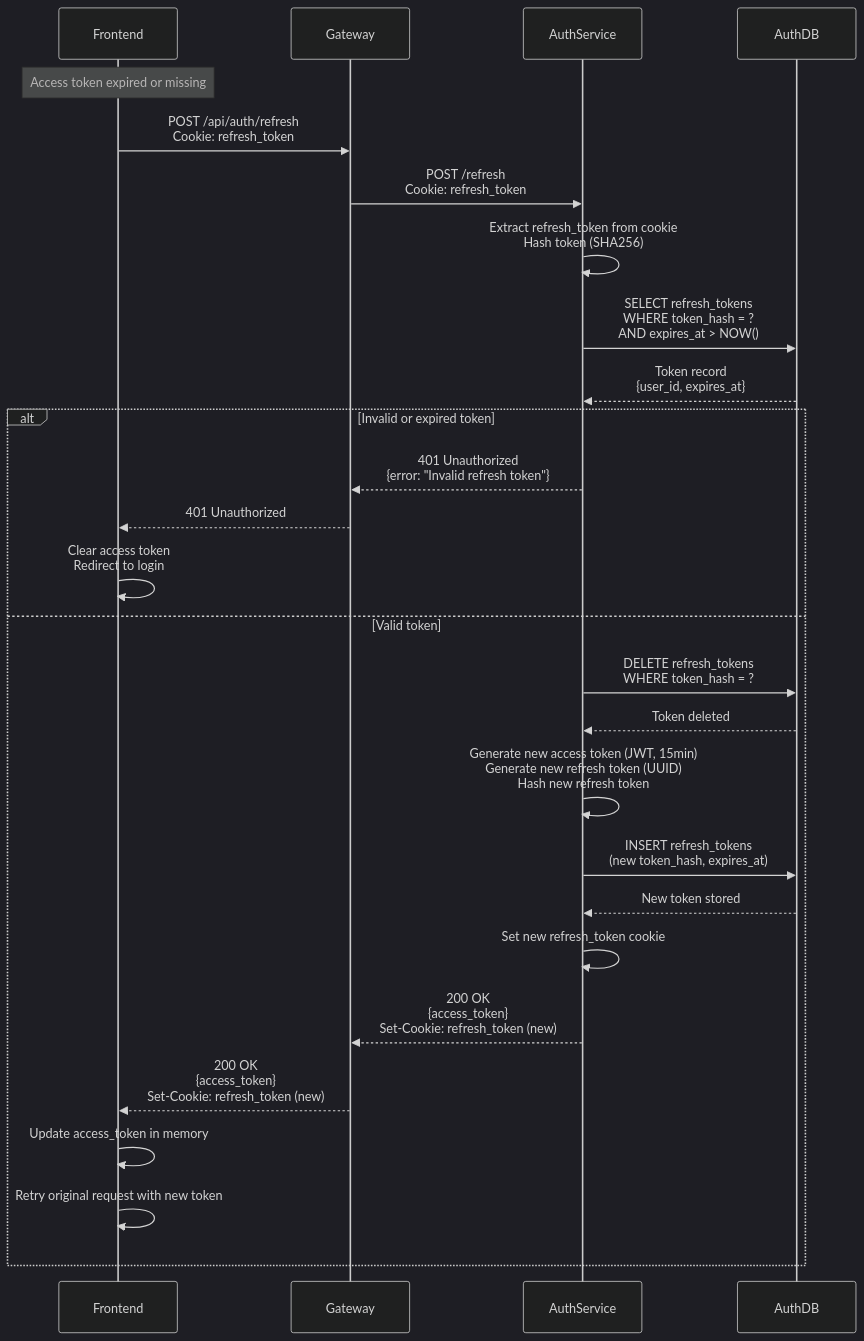
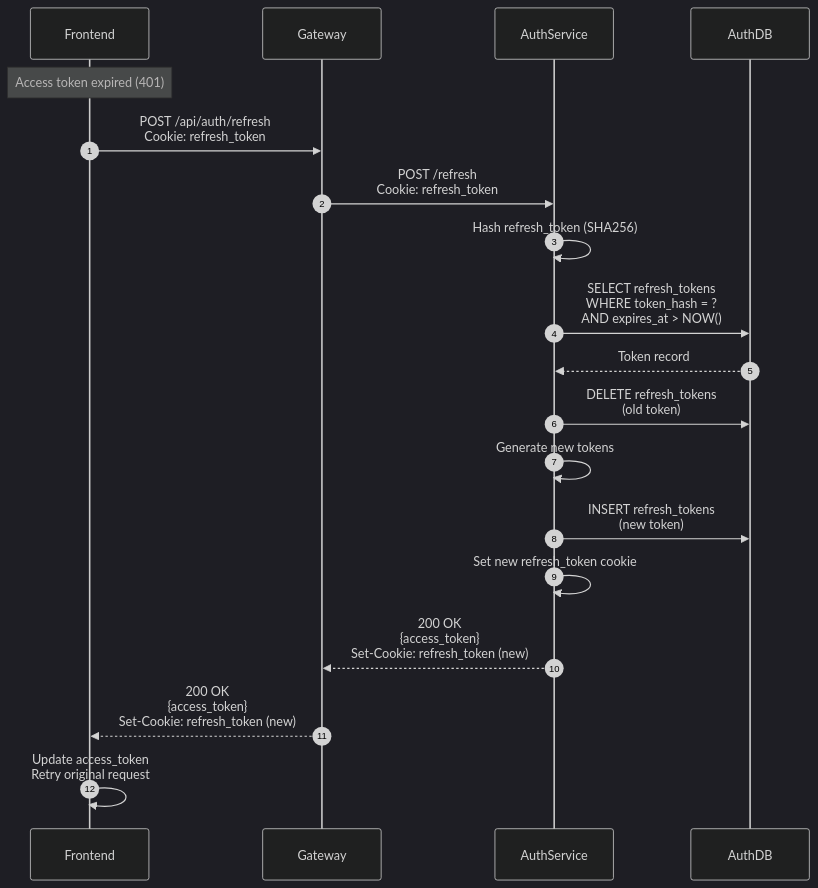
The third of 6 diagrams in ARCHITECTURE.md (sharan-s2k/MyCookbook), drawn with Mermaid (dark theme) before and after one commit. The commit also changed other lines of this file, not shown here.

Commit message:
Updating Architecture Documentation

````diff
--- a/ARCHITECTURE.md
+++ b/ARCHITECTURE.md
@@ -334,35 +490,24 @@
 ```mermaid
 sequenceDiagram
+    autonumber
     participant Frontend
     participant Gateway
     participant AuthService
     participant AuthDB
 
-    Note over Frontend: Access token expired or missing
-    
+    Note over Frontend: Access token expired (401)
     Frontend->>Gateway: POST /api/auth/refresh<br/>Cookie: refresh_token
     Gateway->>AuthService: POST /refresh<br/>Cookie: refresh_token
     
-    AuthService->>AuthService: Extract refresh_token from cookie<br/>Hash token (SHA256)
+    AuthService->>AuthService: Hash refresh_token (SHA256)
     AuthService->>AuthDB: SELECT refresh_tokens<br/>WHERE token_hash = ?<br/>AND expires_at > NOW()
-    AuthDB-->>AuthService: Token record<br/>{user_id, expires_at}
+    AuthDB-->>AuthService: Token record
     
-    alt Invalid or expired token
-        AuthService-->>Gateway: 401 Unauthorized<br/>{error: "Invalid refresh token"}
-        Gateway-->>Frontend: 401 Unauthorized
-        Frontend->>Frontend: Clear access token<br/>Redirect to login
-    else Valid token
-        AuthService->>AuthDB: DELETE refresh_tokens<br/>WHERE token_hash = ?
-        AuthDB-->>AuthService: Token deleted
-        
-        AuthService->>AuthService: Generate new access token (JWT, 15min)<br/>Generate new refresh token (UUID)<br/>Hash new refresh token
-        AuthService->>AuthDB: INSERT refresh_tokens<br/>(new token_hash, expires_at)
-        AuthDB-->>AuthService: New token stored
-        
-        AuthService->>AuthService: Set new refresh_token cookie
-        AuthService-->>Gateway: 200 OK<br/>{access_token}<br/>Set-Cookie: refresh_token (new)
-        Gateway-->>Frontend: 200 OK<br/>{access_token}<br/>Set-Cookie: refresh_token (new)
-        Frontend->>Frontend: Update access_token in memory
-        Frontend->>Frontend: Retry original request with new token
-    end
+    AuthService->>AuthDB: DELETE refresh_tokens<br/>(old token)
+    AuthService->>AuthService: Generate new tokens
+    AuthService->>AuthDB: INSERT refresh_tokens<br/>(new token)
+    AuthService->>AuthService: Set new refresh_token cookie
+    AuthService-->>Gateway: 200 OK<br/>{access_token}<br/>Set-Cookie: refresh_token (new)
+    Gateway-->>Frontend: 200 OK<br/>{access_token}<br/>Set-Cookie: refresh_token (new)
+    Frontend->>Frontend: Update access_token<br/>Retry original request
 ```
````
